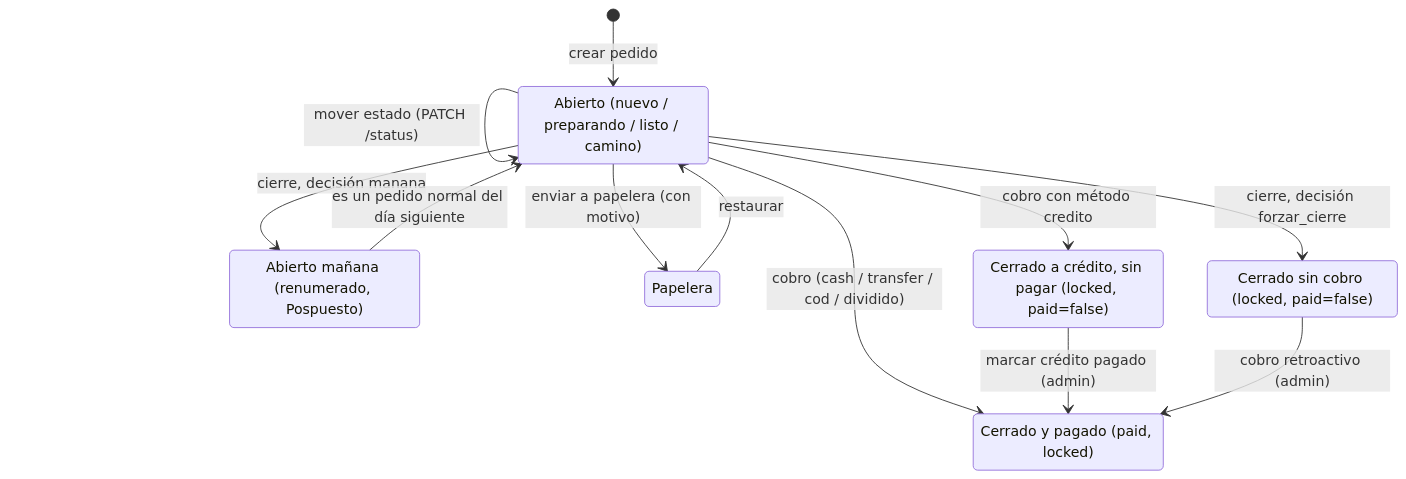
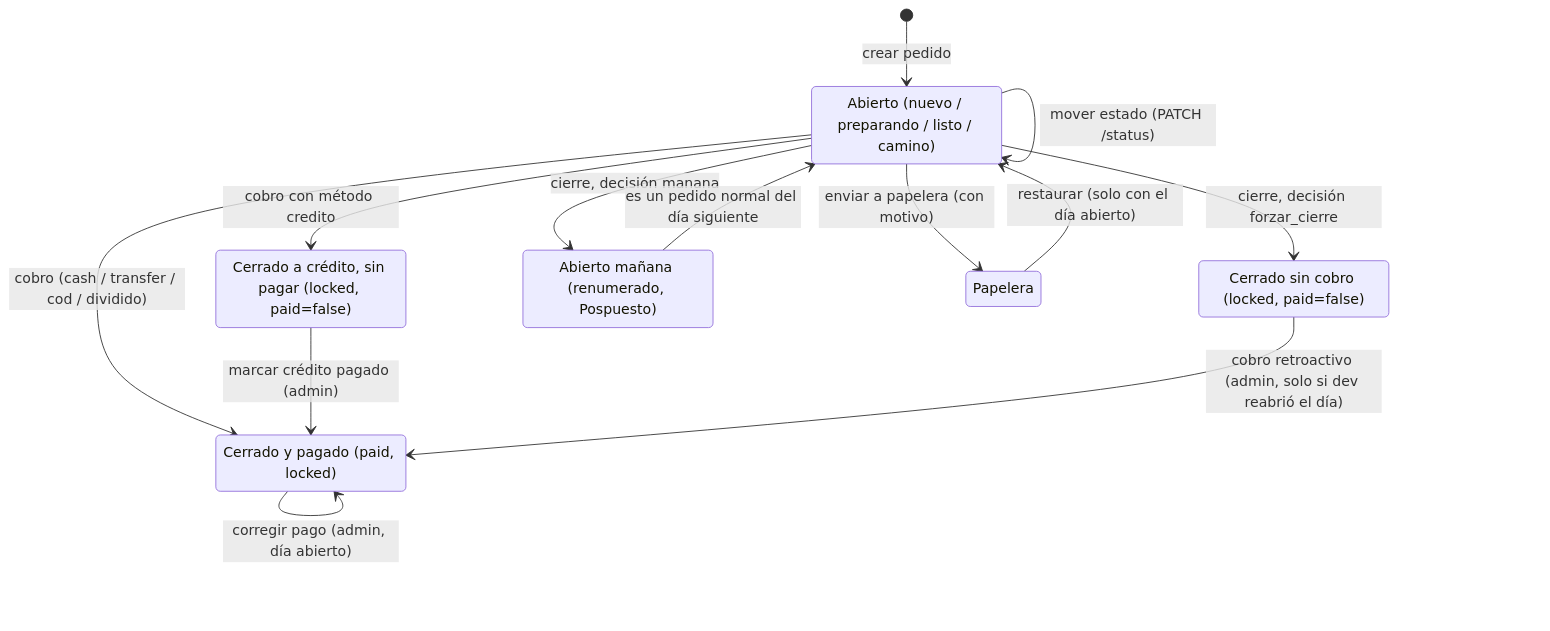
The diagram in specs/modulos/CAJ.md (4Client-org/4client), drawn with Mermaid before and after one commit. The commit also changed other lines of this file and 4 other files, not shown here.

First line of the commit message:
docs: specs de cierre que congela todo, corrección de pago de pedidos cobrados y cobro de eliminados

````diff
--- a/specs/modulos/CAJ.md
+++ b/specs/modulos/CAJ.md
@@ -29,21 +29,22 @@
 ```mermaid
 stateDiagram-v2
     state "Abierto (nuevo / preparando / listo / camino)" as abierto
     state "Cerrado y pagado (paid, locked)" as pagado
     state "Cerrado a crédito, sin pagar (locked, paid=false)" as credito
     state "Cerrado sin cobro (locked, paid=false)" as sincobro
     state "Abierto mañana (renumerado, Pospuesto)" as manana
     state "Papelera" as papelera
 
     [*] --> abierto: crear pedido
     abierto --> abierto: mover estado (PATCH /status)
     abierto --> papelera: enviar a papelera (con motivo)
-    papelera --> abierto: restaurar
+    papelera --> abierto: restaurar (solo con el día abierto)
     abierto --> pagado: cobro (cash / transfer / cod / dividido)
     abierto --> credito: cobro con método credito
     credito --> pagado: marcar crédito pagado (admin)
     abierto --> sincobro: cierre, decisión forzar_cierre
-    sincobro --> pagado: cobro retroactivo (admin)
+    sincobro --> pagado: cobro retroactivo (admin, solo si dev reabrió el día)
+    pagado --> pagado: corregir pago (admin, día abierto)
     abierto --> manana: cierre, decisión manana
     manana --> abierto: es un pedido normal del día siguiente
 ```
````
